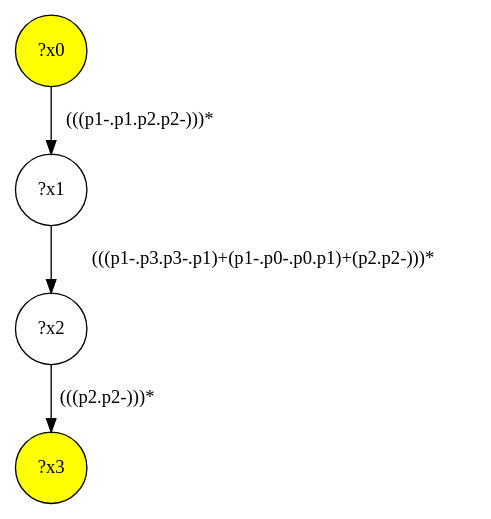
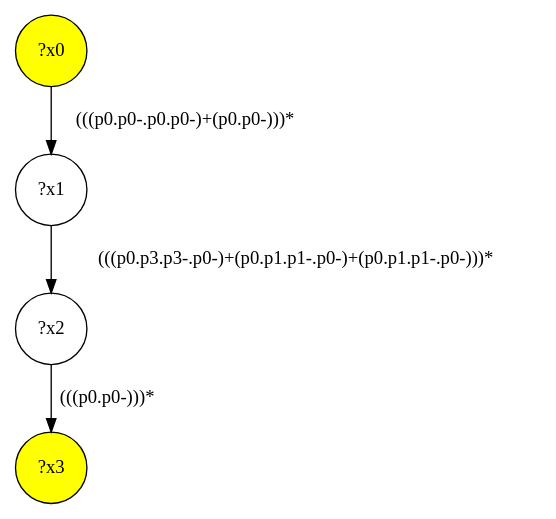
One commit to gbagan/gmark changed the diagram in src/queryinterface/interface-queries/query-49.dot. Above: the diagram before and after it, drawn with Graphviz. The commit also changed 154 other files, not shown here.

```diff
--- a/src/queryinterface/interface-queries/query-49.dot
+++ b/src/queryinterface/interface-queries/query-49.dot
@@ -1,9 +1,9 @@
 digraph g {
 	x0 [fillcolor="yellow", style="filled," shape=circle, label="?x0"];
 	x3 [fillcolor="yellow", style="filled," shape=circle, label="?x3"];
 	x1 [shape=circle, label="?x1"];
-	x0 -> x1 [label="(((p1-.p1.p2.p2-)))*"];
+	x0 -> x1 [label="(((p0.p0-.p0.p0-)+(p0.p0-)))*"];
 	x2 [shape=circle, label="?x2"];
-	x1 -> x2 [label="(((p1-.p3.p3-.p1)+(p1-.p0-.p0.p1)+(p2.p2-)))*"];
-	x2 -> x3 [label="(((p2.p2-)))*"];
+	x1 -> x2 [label="(((p0.p3.p3-.p0-)+(p0.p1.p1-.p0-)+(p0.p1.p1-.p0-)))*"];
+	x2 -> x3 [label="(((p0.p0-)))*"];
 }
```
